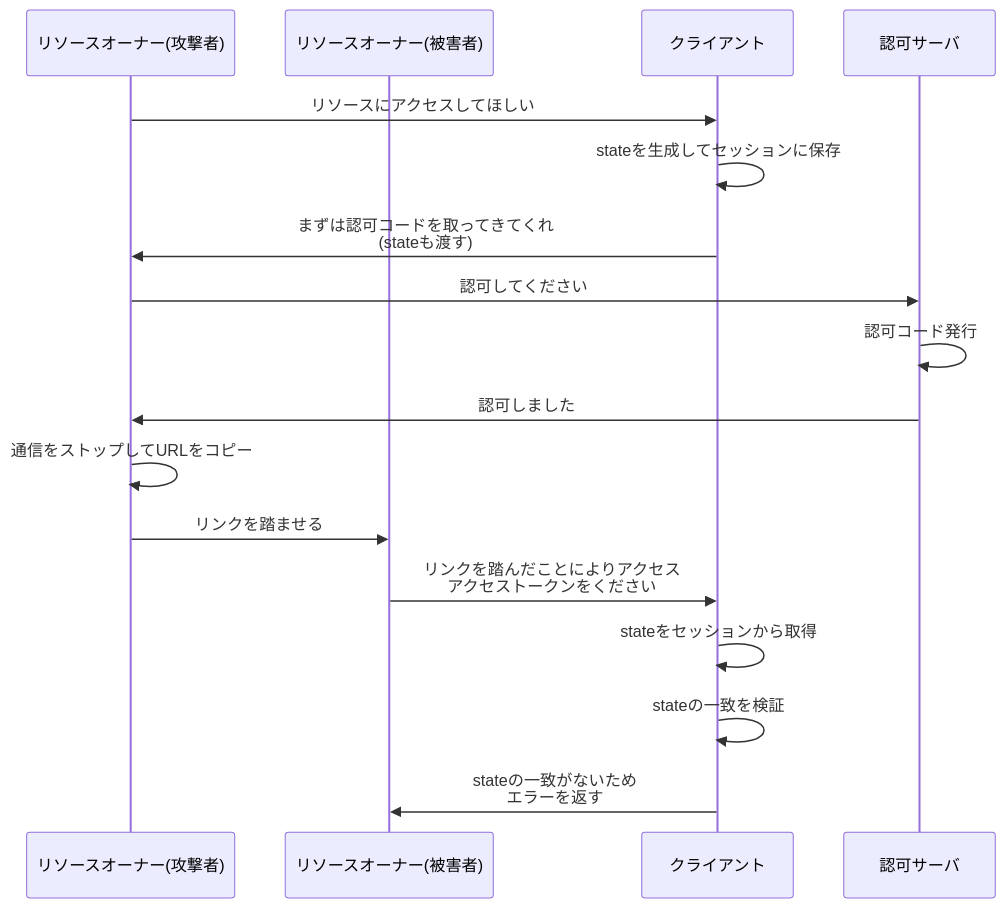
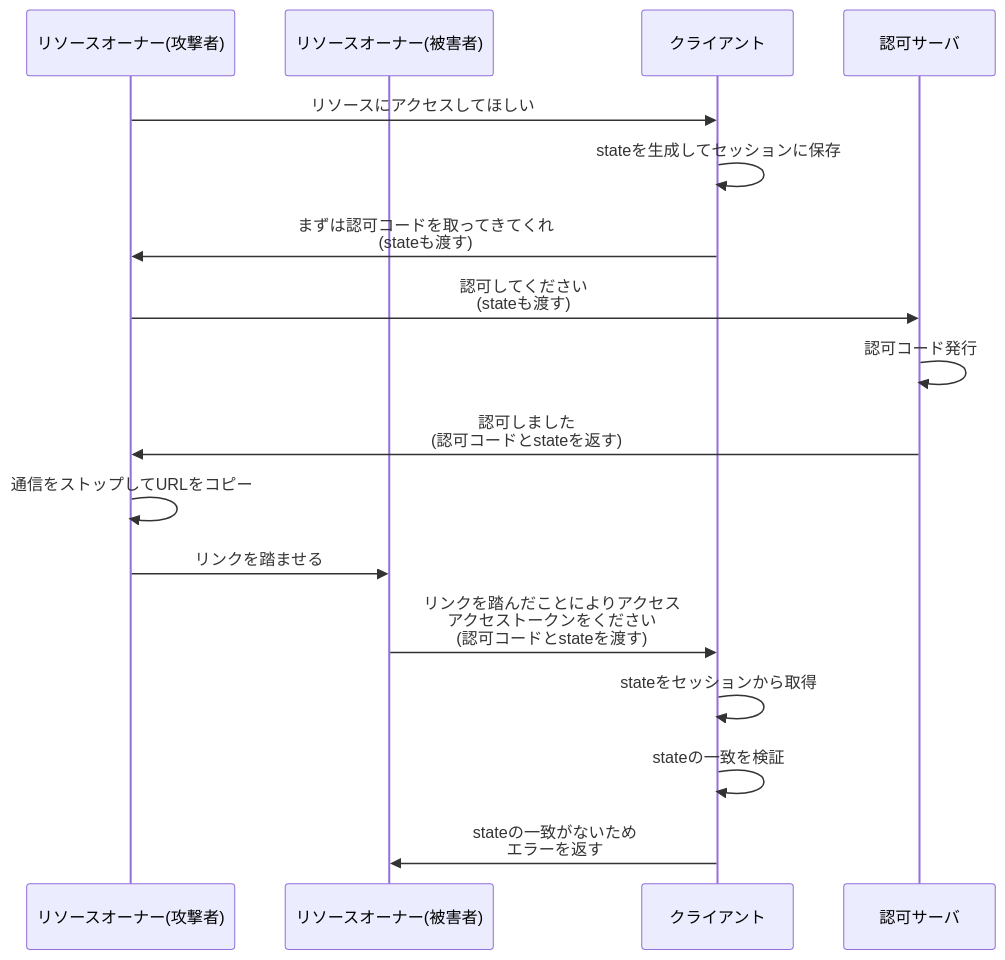
One commit to calloc134/zenn-dir changed diagram 14 of 18 in articles/5e8da6c491e720.md. Above: the diagram before and after it, drawn with Mermaid. The commit also changed other lines of this file, not shown here.

````diff
--- a/articles/5e8da6c491e720.md
+++ b/articles/5e8da6c491e720.md
@@ -1262,20 +1262,20 @@
 ```mermaid
 sequenceDiagram
     participant リソースオーナー(攻撃者)
     participant リソースオーナー(被害者)
     participant クライアント
     participant 認可サーバ
 
     リソースオーナー(攻撃者)->> クライアント: リソースにアクセスしてほしい
     クライアント->>クライアント: stateを生成してセッションに保存
     クライアント->> リソースオーナー(攻撃者): まずは認可コードを取ってきてくれ<br>(stateも渡す)
-    リソースオーナー(攻撃者)->> 認可サーバ: 認可してください
+    リソースオーナー(攻撃者)->> 認可サーバ: 認可してください<br>(stateも渡す)
     認可サーバ->> 認可サーバ: 認可コード発行
-    認可サーバ->> リソースオーナー(攻撃者): 認可しました
+    認可サーバ->> リソースオーナー(攻撃者): 認可しました<br>(認可コードとstateを返す)
     リソースオーナー(攻撃者)->> リソースオーナー(攻撃者): 通信をストップしてURLをコピー
     リソースオーナー(攻撃者)->> リソースオーナー(被害者): リンクを踏ませる
-    リソースオーナー(被害者)->> クライアント: リンクを踏んだことによりアクセス<br>アクセストークンをください
+    リソースオーナー(被害者)->> クライアント: リンクを踏んだことによりアクセス<br>アクセストークンをください<br>(認可コードとstateを渡す)
     クライアント->> クライアント: stateをセッションから取得
     クライアント->>クライアント: stateの一致を検証
     クライアント->> リソースオーナー(被害者): stateの一致がないため<br>エラーを返す
 ```
````
